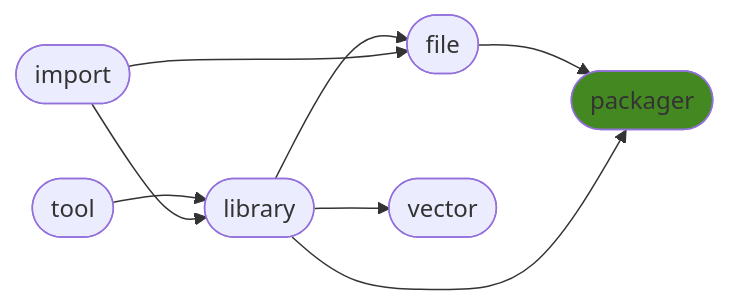
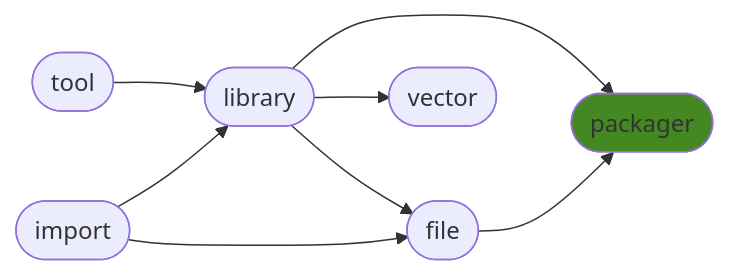
One commit to ManderaGeneral/generalpackager changed the diagram in README.md. Above: the diagram before and after it, drawn with Mermaid. The commit also changed other lines of this file, not shown here.

````diff
--- a/README.md
+++ b/README.md
@@ -24,17 +24,17 @@
 ```mermaid
 flowchart LR
-3([file]) --> 5([packager])
+1([tool]) --> 2([library])
 2([library]) --> 4([vector])
 2([library]) --> 5([packager])
-1([tool]) --> 2([library])
 2([library]) --> 3([file])
 0([import]) --> 3([file])
+3([file]) --> 5([packager])
 0([import]) --> 2([library])
 click 0 "https://github.com/ManderaGeneral/generalimport"
 click 1 "https://github.com/ManderaGeneral/generaltool"
 click 2 "https://github.com/ManderaGeneral/generallibrary"
 click 3 "https://github.com/ManderaGeneral/generalfile"
 click 4 "https://github.com/ManderaGeneral/generalvector"
 click 5 "https://github.com/ManderaGeneral/generalpackager"
 style 5 fill:#482
 ```
````
